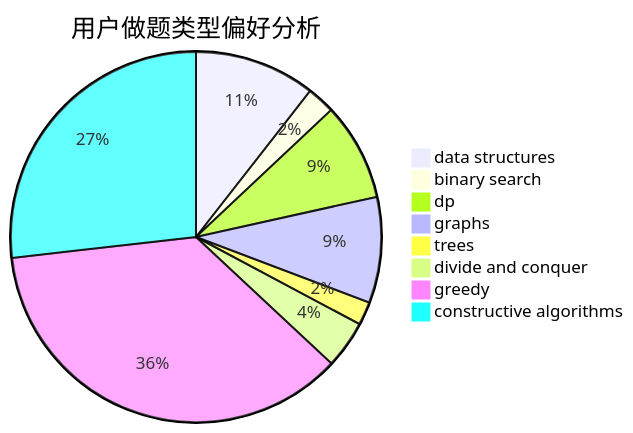
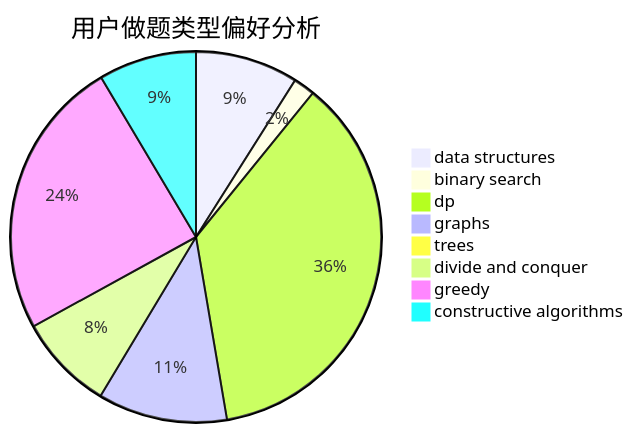
One commit to sherpahu/cfrs.github.io changed the second of 3 diagrams in docs/user/u900.md. Above: the diagram before and after it, drawn with Mermaid. The commit also changed other lines of this file and 2770 other files, not shown here.

````diff
--- a/docs/user/u900.md
+++ b/docs/user/u900.md
@@ -23,11 +23,11 @@
 ```mermaid
 pie title 用户做题类型偏好分析
-    "data structures" :  104
-    "binary search" :  24
-    "dp" :  84
-    "graphs" :  91
-    "trees" :  20
-    "divide and conquer" :  41
-    "greedy" :  357
-    "constructive algorithms" :  264
+    "data structures" :  62
+    "binary search" :  13
+    "dp" :  252
+    "graphs" :  78
+    "trees" :  1
+    "divide and conquer" :  58
+    "greedy" :  169
+    "constructive algorithms" :  59
 ```
````
